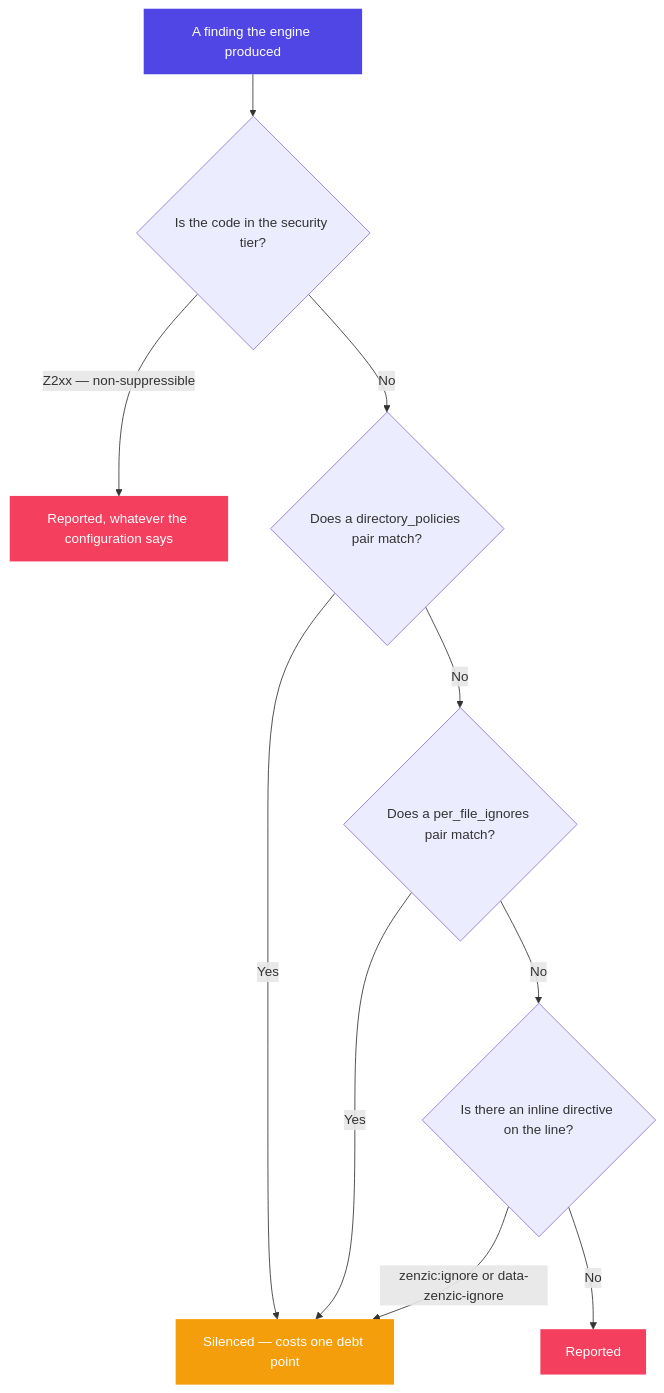
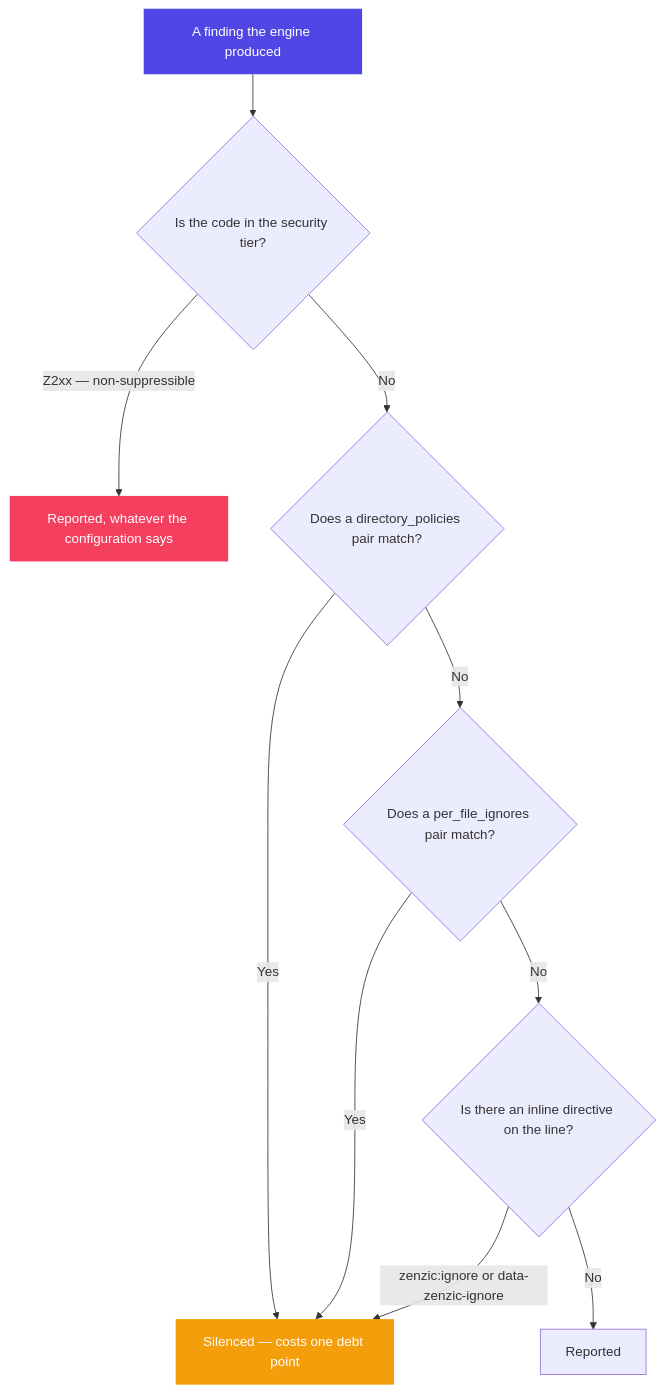
Before and after one commit to PythonWoods-Dev/zenzic: the second of 2 diagrams in docs/reference/suppression-policy.md, drawn with Mermaid.

Commit message:
docs(diagrams): a finding being reported is the engine working, not a danger
The suppression diagram painted both terminal outcomes with the danger class —
the non-suppressible security report and the ordinary one. The second is the
correct behaviour: a finding the configuration did not silence is reported, which
is what the tool is for.

Only the security outcome keeps the class. The ordinary report takes none, which
is also the honest default: not every node needs a colour, and giving one a role
it does not have is worse than an inline value, because it reads as decided.

Found by looking at the rendered page rather than at the source.

````diff
--- a/docs/reference/suppression-policy.md
+++ b/docs/reference/suppression-policy.md
@@ -101,21 +101,21 @@
 ```mermaid
 flowchart TD
     A["A finding the engine produced"] --> B{"Is the code in the security tier?"}
     B -->|"Z2xx — non-suppressible"| C["Reported, whatever the configuration says"]
     B -->|No| D{"Does a directory_policies pair match?"}
     D -->|Yes| E["Silenced — costs one debt point"]
     D -->|No| F{"Does a per_file_ignores pair match?"}
     F -->|Yes| E
     F -->|No| G{"Is there an inline directive on the line?"}
     G -->|"zenzic:ignore or data-zenzic-ignore"| E
     G -->|No| H["Reported"]
 
     classDef entry fill:#4f46e5,color:#fff,stroke-width:0px
     classDef data fill:#38bdf8,color:#fff,stroke-width:0px
     classDef ok fill:#10b981,color:#fff,stroke-width:0px
     classDef gate fill:#f59e0b,color:#fff,stroke-width:0px
     classDef danger fill:#f43f5e,color:#fff,stroke-width:0px
     class A entry
-    class C,H danger
+    class C danger
     class E gate
 ```
````
